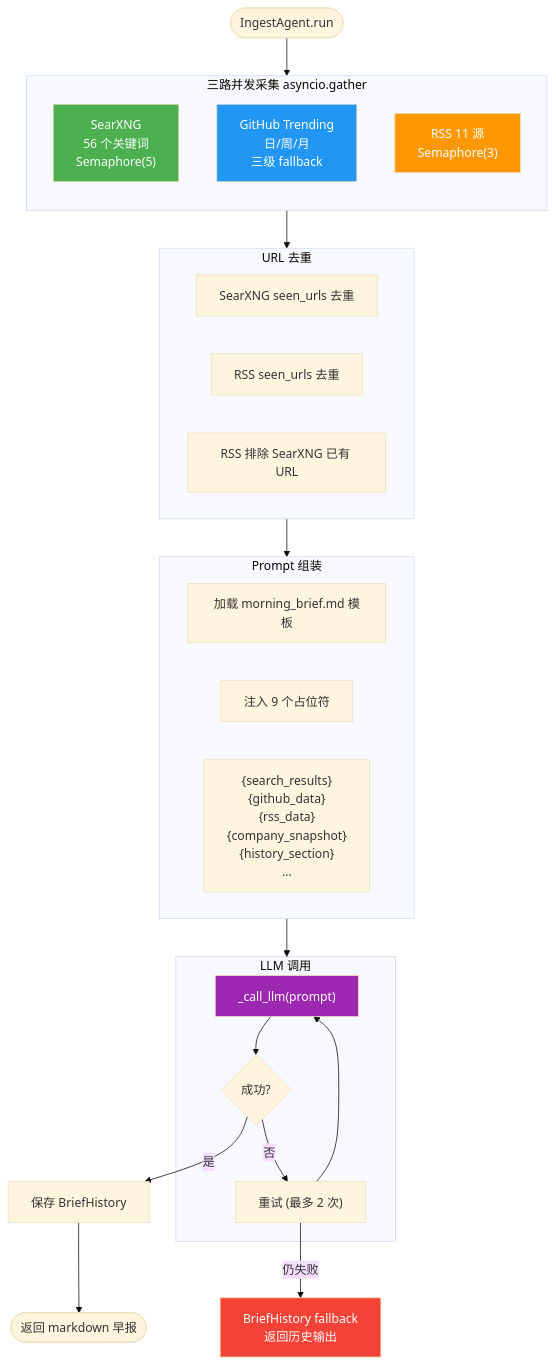
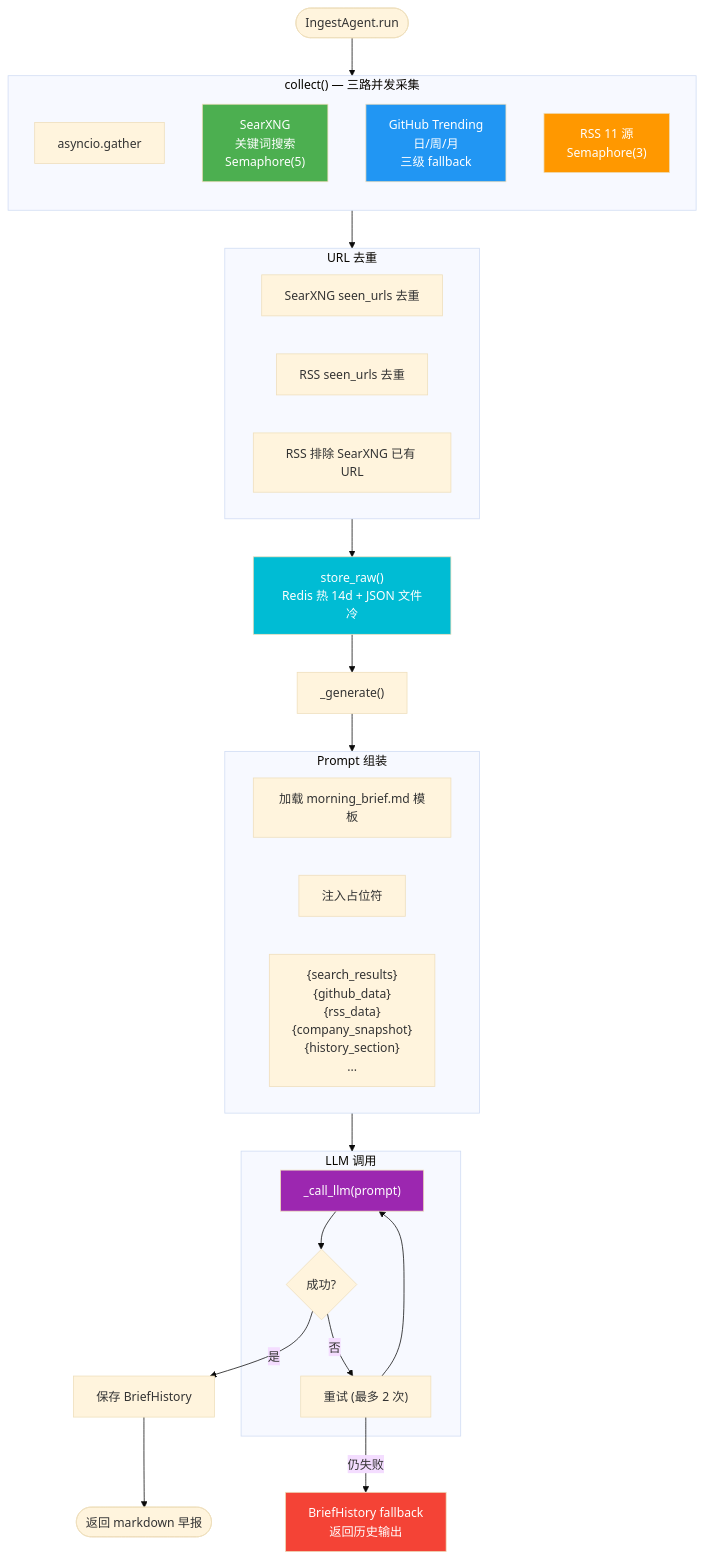
The first of 2 diagrams in docs/design/02-agent-pipeline.md (xinovate/linglong-scout), drawn with Mermaid (base theme) before and after one commit. The commit also changed other lines of this file and 3 other files, not shown here.

First line of the commit message:
docs: 更新架构图/流程图/组件表，补充文档检查清单

````diff
--- a/docs/design/02-agent-pipeline.md
+++ b/docs/design/02-agent-pipeline.md
@@ -15,49 +15,53 @@
 ```mermaid
 flowchart TD
-    START([IngestAgent.run]) --> PARALLEL
+    START([IngestAgent.run]) --> COLLECT
 
-    subgraph PARALLEL["三路并发采集 asyncio.gather"]
+    subgraph COLLECT["collect() — 三路并发采集"]
         direction TB
-        S1["SearXNG<br/>56 个关键词<br/>Semaphore(5)"]
+        PARALLEL["asyncio.gather"]
+        S1["SearXNG<br/>关键词搜索<br/>Semaphore(5)"]
         S2["GitHub Trending<br/>日/周/月<br/>三级 fallback"]
         S3["RSS 11 源<br/>Semaphore(3)"]
     end
 
-    PARALLEL --> DEDUP
+    COLLECT --> DEDUP
 
     subgraph DEDUP["URL 去重"]
         D1["SearXNG seen_urls 去重"]
         D2["RSS seen_urls 去重"]
         D3["RSS 排除 SearXNG 已有 URL"]
     end
 
-    DEDUP --> BUILD
+    DEDUP --> STORE["store_raw()<br/>Redis 热 14d + JSON 文件冷"]
+
+    STORE --> GEN["_generate()"]
 
     subgraph BUILD["Prompt 组装"]
         B1["加载 morning_brief.md 模板"]
-        B2["注入 9 个占位符"]
+        B2["注入占位符"]
         B3["{search_results}<br/>{github_data}<br/>{rss_data}<br/>{company_snapshot}<br/>{history_section}<br/>..."]
     end
 
-    BUILD --> LLM
+    GEN --> BUILD --> LLM
 
     subgraph LLM["LLM 调用"]
         L1["_call_llm(prompt)"]
         L2{成功?}
         L3["重试 (最多 2 次)"]
     end
 
     L1 --> L2
     L2 -->|是| SAVE
     L2 -->|否| L3
     L3 --> L1
     L3 -->|仍失败| FALLBACK["BriefHistory fallback<br/>返回历史输出"]
 
     SAVE["保存 BriefHistory"] --> OUTPUT(["返回 markdown 早报"])
 
     style S1 fill:#4CAF50,color:#fff
     style S2 fill:#2196F3,color:#fff
     style S3 fill:#FF9800,color:#fff
+    style STORE fill:#00BCD4,color:#fff
     style L1 fill:#9C27B0,color:#fff
     style FALLBACK fill:#f44336,color:#fff
 ```
````
